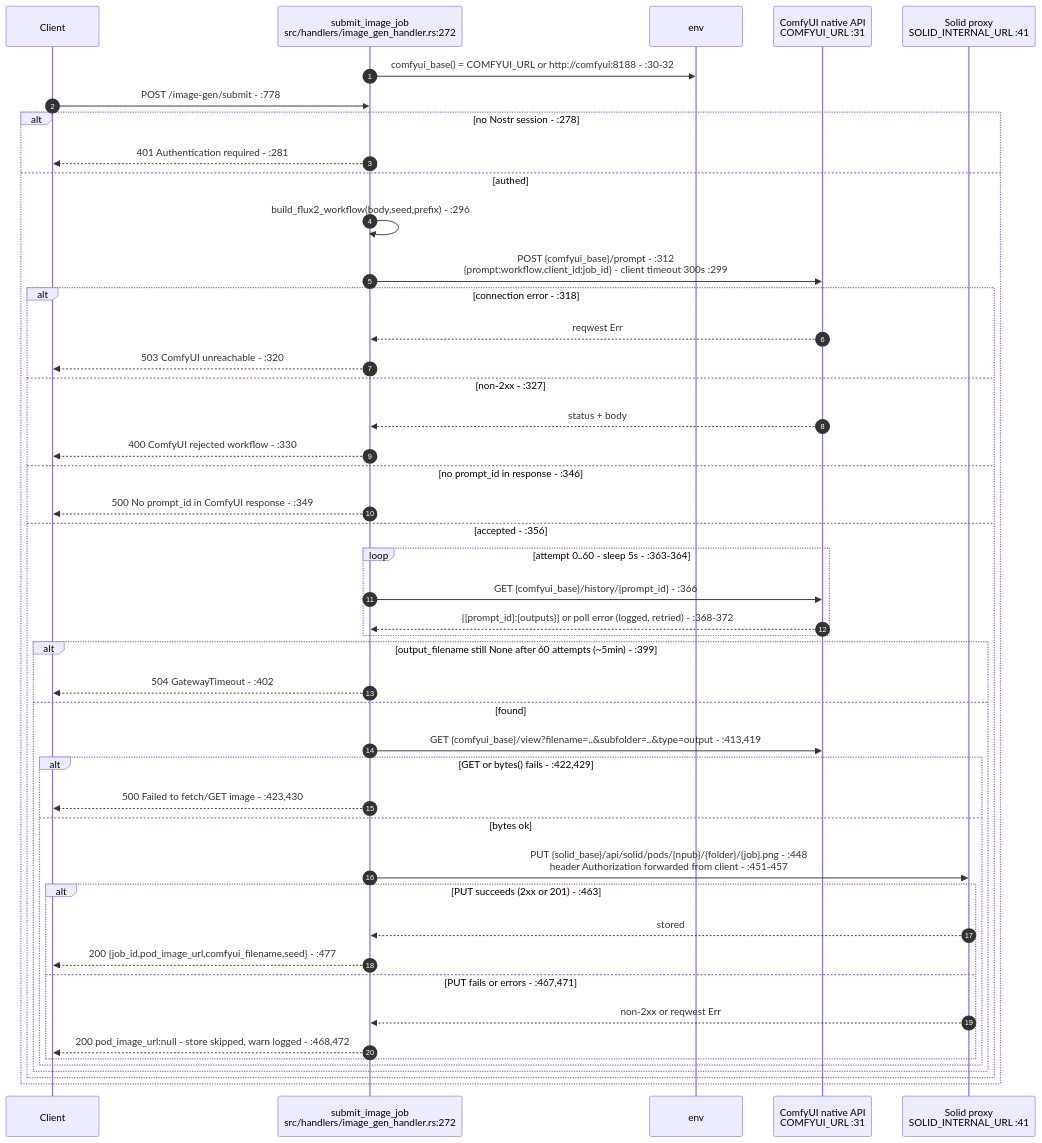
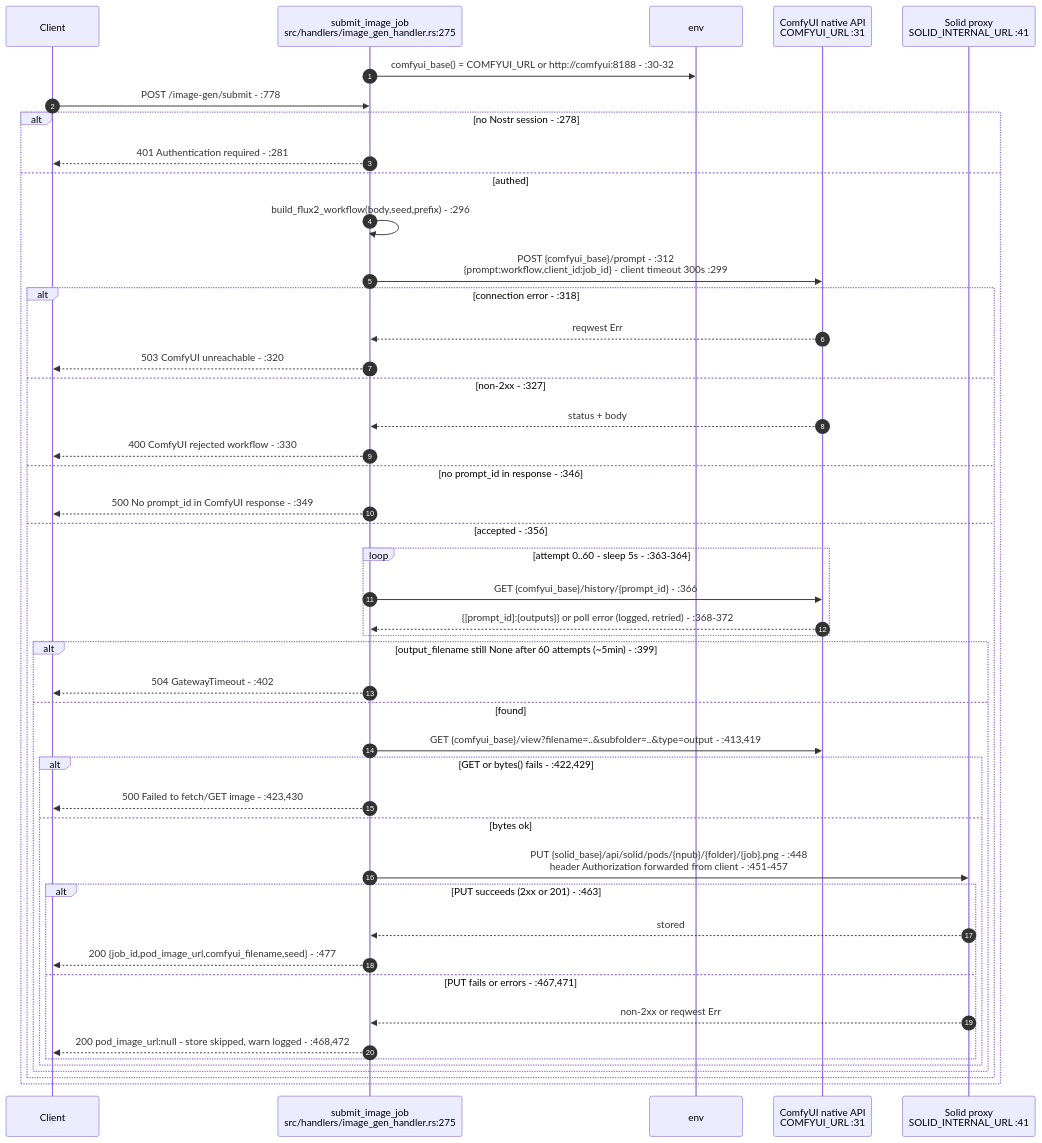
Before and after one commit to DreamLab-AI/AR-AI-Knowledge-Graph: the fourth of 9 diagrams in docs/diagrams/visionclaw/28-external-services.md, drawn with Mermaid. The commit also changed other lines of this file and 73 other files, not shown here.

First line of the commit message:
docs(diagrams): re-verify all 71 topic files against HEAD; add --cite-check

````diff
--- a/docs/diagrams/visionclaw/28-external-services.md
+++ b/docs/diagrams/visionclaw/28-external-services.md
@@ -163,49 +163,49 @@
 ```mermaid
 sequenceDiagram
     autonumber
     participant C as Client
-    participant IG as submit_image_job<br/>src/handlers/image_gen_handler.rs:272
+    participant IG as submit_image_job<br/>src/handlers/image_gen_handler.rs:275
     participant ENV as env
     participant CF as ComfyUI native API<br/>COMFYUI_URL :31
     participant SOLID as Solid proxy<br/>SOLID_INTERNAL_URL :41
 
     IG->>ENV: comfyui_base() = COMFYUI_URL or http://comfyui:8188 - :30-32
     C->>IG: POST /image-gen/submit - :778
     alt no Nostr session - :278
         IG-->>C: 401 Authentication required - :281
     else authed
         IG->>IG: build_flux2_workflow(body,seed,prefix) - :296
         IG->>CF: POST {comfyui_base}/prompt - :312<br/>{prompt:workflow,client_id:job_id} - client timeout 300s :299
         alt connection error - :318
             CF-->>IG: reqwest Err
             IG-->>C: 503 ComfyUI unreachable - :320
         else non-2xx - :327
             CF-->>IG: status + body
             IG-->>C: 400 ComfyUI rejected workflow - :330
         else no prompt_id in response - :346
             IG-->>C: 500 No prompt_id in ComfyUI response - :349
         else accepted - :356
             loop attempt 0..60 - sleep 5s - :363-364
                 IG->>CF: GET {comfyui_base}/history/{prompt_id} - :366
                 CF-->>IG: {[prompt_id]:{outputs}} or poll error (logged, retried) - :368-372
             end
             alt output_filename still None after 60 attempts (~5min) - :399
                 IG-->>C: 504 GatewayTimeout - :402
             else found
                 IG->>CF: GET {comfyui_base}/view?filename=..&subfolder=..&type=output - :413,419
                 alt GET or bytes() fails - :422,429
                     IG-->>C: 500 Failed to fetch/GET image - :423,430
                 else bytes ok
                     IG->>SOLID: PUT {solid_base}/api/solid/pods/{npub}/{folder}/{job}.png - :448<br/>header Authorization forwarded from client - :451-457
                     alt PUT succeeds (2xx or 201) - :463
                         SOLID-->>IG: stored
                         IG-->>C: 200 {job_id,pod_image_url,comfyui_filename,seed} - :477
                     else PUT fails or errors - :467,471
                         SOLID-->>IG: non-2xx or reqwest Err
                         IG-->>C: 200 pod_image_url:null - store skipped, warn logged - :468,472
                     end
                 end
             end
         end
     end
 ```
````
